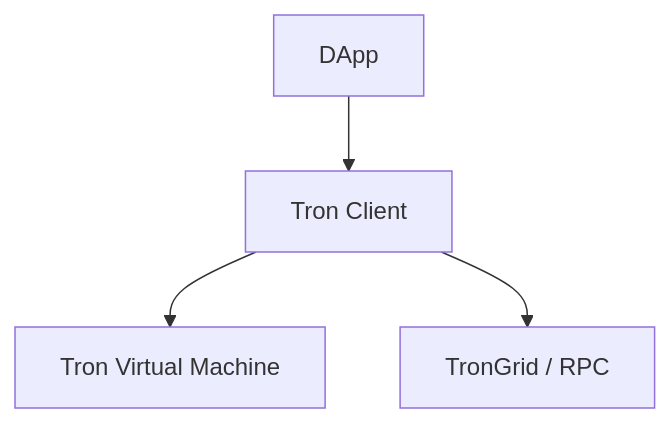
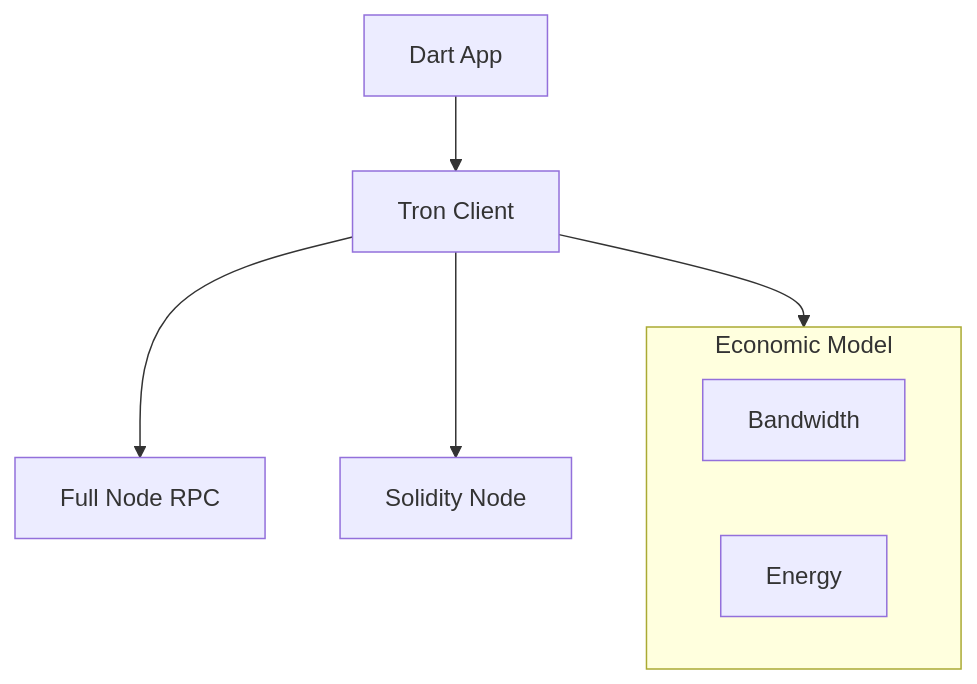
One commit to ImL1s/dart_web3 changed the diagram in dart_web3/packages/extensions/tron/README.md. Above: the diagram before and after it, drawn with Mermaid. The commit also changed other lines of this file and 31 other files, not shown here.

````diff
--- a/dart_web3/packages/extensions/tron/README.md
+++ b/dart_web3/packages/extensions/tron/README.md
@@ -14,6 +17,13 @@
 ```mermaid
 graph TD
-    App[DApp] --> TronClient[Tron Client]
-    TronClient --> TVM[Tron Virtual Machine]
-    TronClient --> HTTP[TronGrid / RPC]
+    App[Dart App] --> TronClient[Tron Client]
+    TronClient --> FullNode[Full Node RPC]
+    TronClient --> Solidity[Solidity Node]
+    
+    subgraph Resource [Economic Model]
+        BW[Bandwidth]
+        EN[Energy]
+    end
+    
+    TronClient --> Resource
 ```
````
